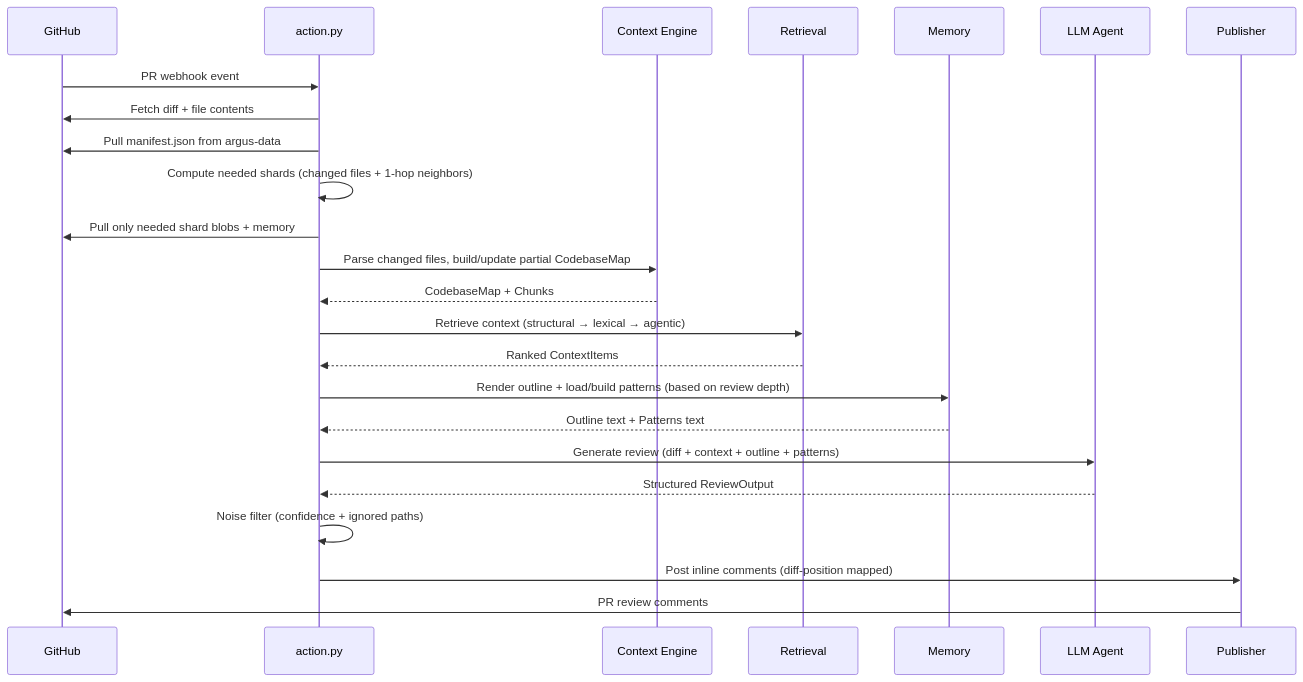
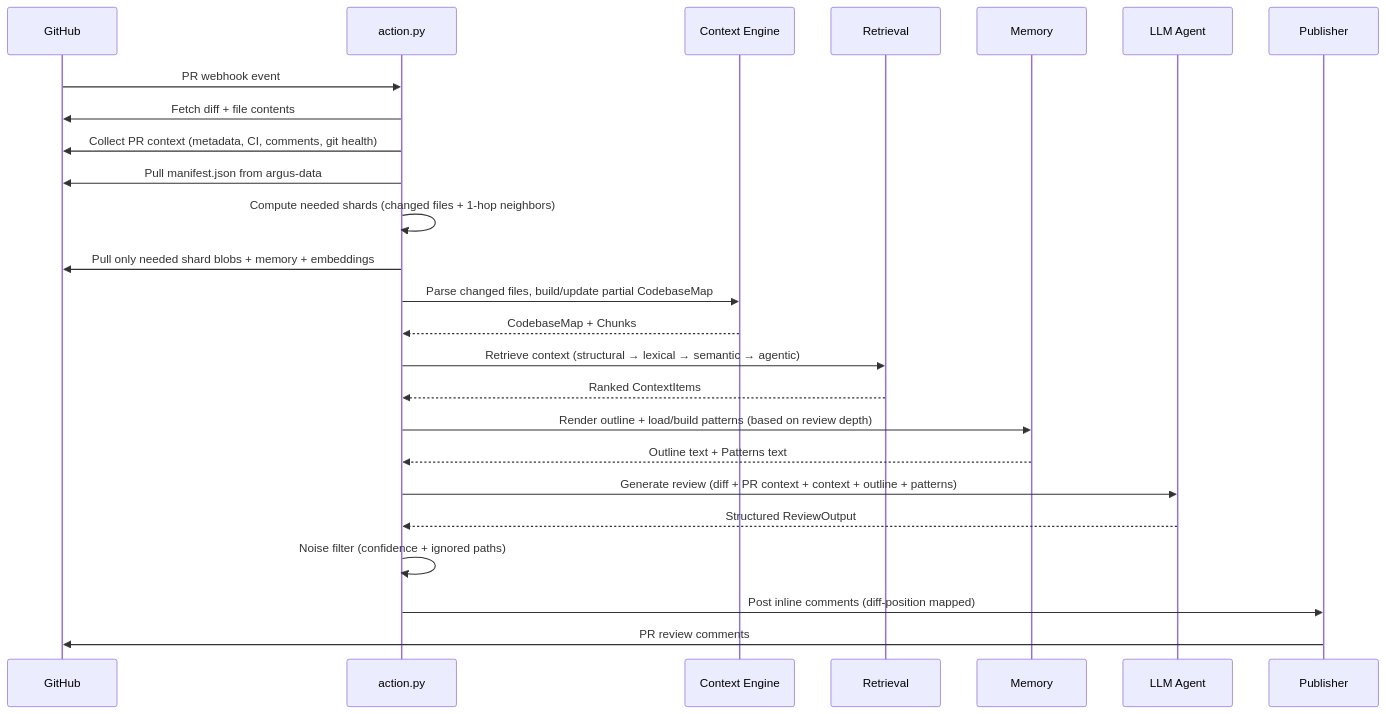
Before and after one commit to sudzxd/argus: the sixth of 6 diagrams in docs/architecture.md, drawn with Mermaid. The commit also changed other lines of this file and 34 other files, not shown here.

First line of the commit message:
feat(infra,interfaces): add PR context collection, semantic retrieval, and suggestion fences

````diff
--- a/docs/architecture.md
+++ b/docs/architecture.md
@@ -294,27 +300,28 @@
 ```mermaid
 sequenceDiagram
     participant GH as GitHub
     participant ACT as action.py
     participant CTX as Context Engine
     participant RET as Retrieval
     participant MEM as Memory
     participant LLM as LLM Agent
     participant PUB as Publisher
 
     GH->>ACT: PR webhook event
     ACT->>GH: Fetch diff + file contents
+    ACT->>GH: Collect PR context (metadata, CI, comments, git health)
     ACT->>GH: Pull manifest.json from argus-data
     ACT->>ACT: Compute needed shards (changed files + 1-hop neighbors)
-    ACT->>GH: Pull only needed shard blobs + memory
+    ACT->>GH: Pull only needed shard blobs + memory + embeddings
     ACT->>CTX: Parse changed files, build/update partial CodebaseMap
     CTX-->>ACT: CodebaseMap + Chunks
-    ACT->>RET: Retrieve context (structural → lexical → agentic)
+    ACT->>RET: Retrieve context (structural → lexical → semantic → agentic)
     RET-->>ACT: Ranked ContextItems
     ACT->>MEM: Render outline + load/build patterns (based on review depth)
     MEM-->>ACT: Outline text + Patterns text
-    ACT->>LLM: Generate review (diff + context + outline + patterns)
+    ACT->>LLM: Generate review (diff + PR context + context + outline + patterns)
     LLM-->>ACT: Structured ReviewOutput
     ACT->>ACT: Noise filter (confidence + ignored paths)
     ACT->>PUB: Post inline comments (diff-position mapped)
     PUB->>GH: PR review comments
 ```
````
